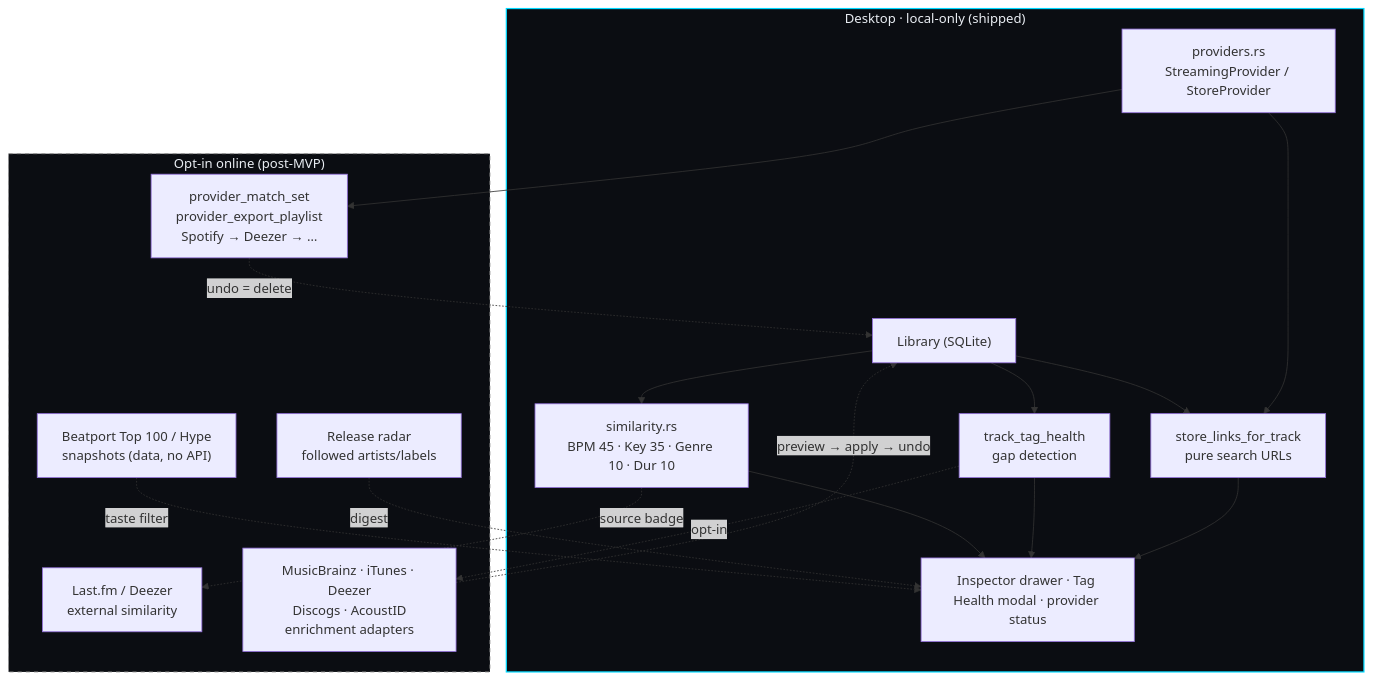
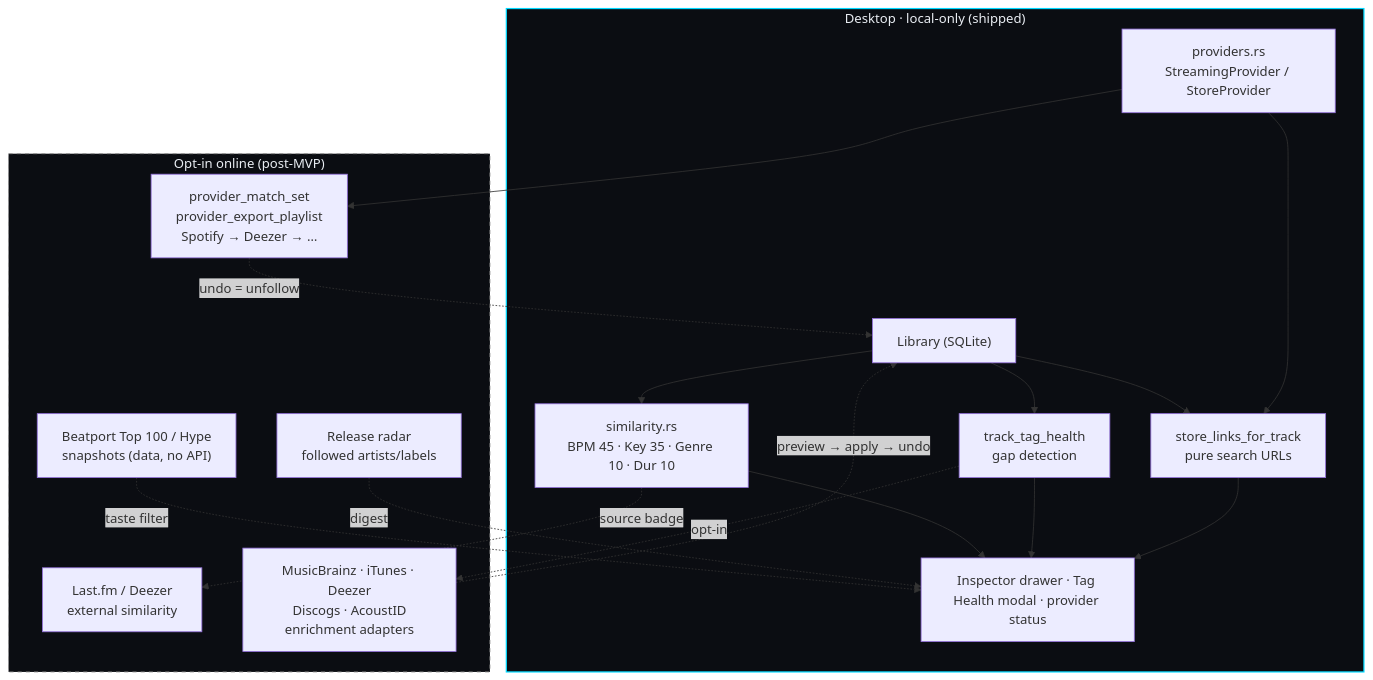
Before and after one commit to iDorgham/DJ-Assistant: the diagram in docs/diagrams/17-discovery-enrichment-providers.md, drawn with Mermaid.

````diff
--- a/docs/diagrams/17-discovery-enrichment-providers.md
+++ b/docs/diagrams/17-discovery-enrichment-providers.md
@@ -8,35 +8,35 @@
 ```mermaid
 flowchart TB
     subgraph Local["Desktop · local-only (shipped)"]
         Lib["Library (SQLite)"]
         Sim["similarity.rs<br/>BPM 45 · Key 35 · Genre 10 · Dur 10"]
         Gaps["track_tag_health<br/>gap detection"]
         Links["store_links_for_track<br/>pure search URLs"]
         Reg["providers.rs<br/>StreamingProvider / StoreProvider"]
         UI["Inspector drawer · Tag Health modal · provider status"]
     end
 
     subgraph Online["Opt-in online (post-MVP)"]
         Ext["Last.fm / Deezer<br/>external similarity"]
         Enr["MusicBrainz · iTunes · Deezer<br/>Discogs · AcoustID<br/>enrichment adapters"]
         Charts["Beatport Top 100 / Hype<br/>snapshots (data, no API)"]
         Radar["Release radar<br/>followed artists/labels"]
         Export["provider_match_set<br/>provider_export_playlist<br/>Spotify → Deezer → …"]
     end
 
     Lib --> Sim --> UI
     Lib --> Gaps --> UI
     Lib --> Links --> UI
     Reg --> Export
     Reg --> Links
 
     Gaps -.->|"opt-in"| Enr
     Enr -.->|"preview → apply → undo"| Lib
     Sim -.->|"source badge"| Ext
     Charts -.->|"taste filter"| UI
     Radar -.->|"digest"| UI
-    Export -.->|"undo = delete"| Lib
+    Export -.->|"undo = unfollow"| Lib
 
     style Local fill:#0B0D12,stroke:#00D9FF,stroke-width:1.5px,color:#E9EDF3
     style Online fill:#0B0D12,stroke:#888888,stroke-width:1px,stroke-dasharray:5,5,color:#E9EDF3
 ```
````
